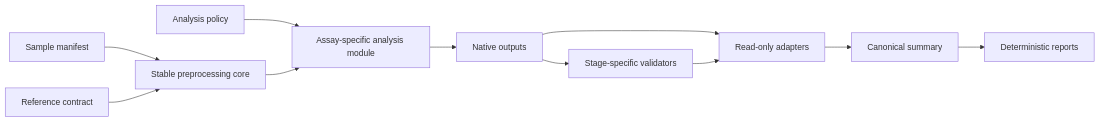
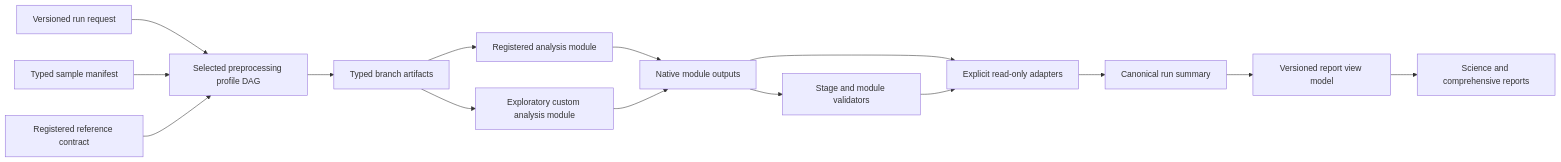
One commit to lab-cats/EMRYS changed the diagram in docs/architecture/diagrams/future_modular_pipeline.mmd. Above: the diagram before and after it, drawn with Mermaid. The commit also changed 62 other files, not shown here.

Commit message:
docs: capture architecture direction and task registry

```diff
--- a/docs/architecture/diagrams/future_modular_pipeline.mmd
+++ b/docs/architecture/diagrams/future_modular_pipeline.mmd
@@ -1,11 +1,15 @@
 flowchart LR
-    samples["Sample manifest"] --> core["Stable preprocessing core"]
-    reference["Reference contract"] --> core
-    config["Analysis policy"] --> module["Assay-specific analysis module"]
-    core --> module
-    module --> native["Native outputs"]
-    native --> validators["Stage-specific validators"]
-    native --> adapters["Read-only adapters"]
+    request["Versioned run request"] --> profile["Selected preprocessing profile DAG"]
+    samples["Typed sample manifest"] --> profile
+    reference["Registered reference contract"] --> profile
+    profile --> artifacts["Typed branch artifacts"]
+    artifacts --> builtin["Registered analysis module"]
+    artifacts --> custom["Exploratory custom analysis module"]
+    builtin --> native["Native module outputs"]
+    custom --> native
+    native --> validators["Stage and module validators"]
+    native --> adapters["Explicit read-only adapters"]
     validators --> adapters
-    adapters --> summary["Canonical summary"]
-    summary --> reports["Deterministic reports"]
+    adapters --> summary["Canonical run summary"]
+    summary --> view["Versioned report view model"]
+    view --> reports["Science and comprehensive reports"]
```
